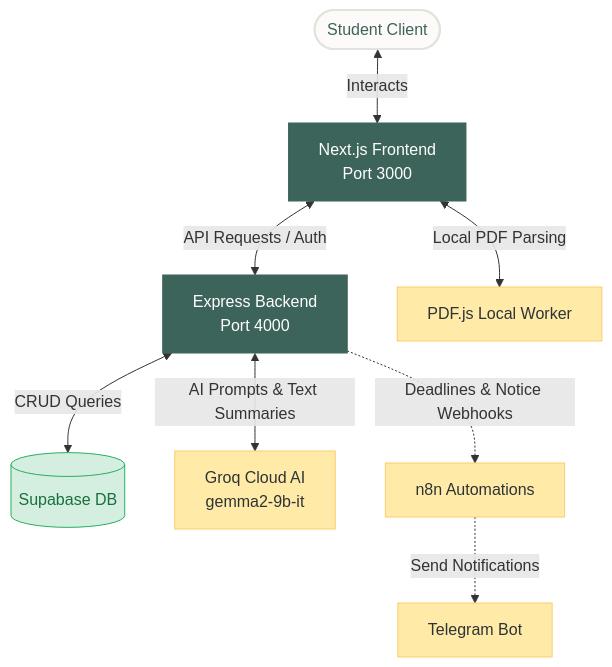
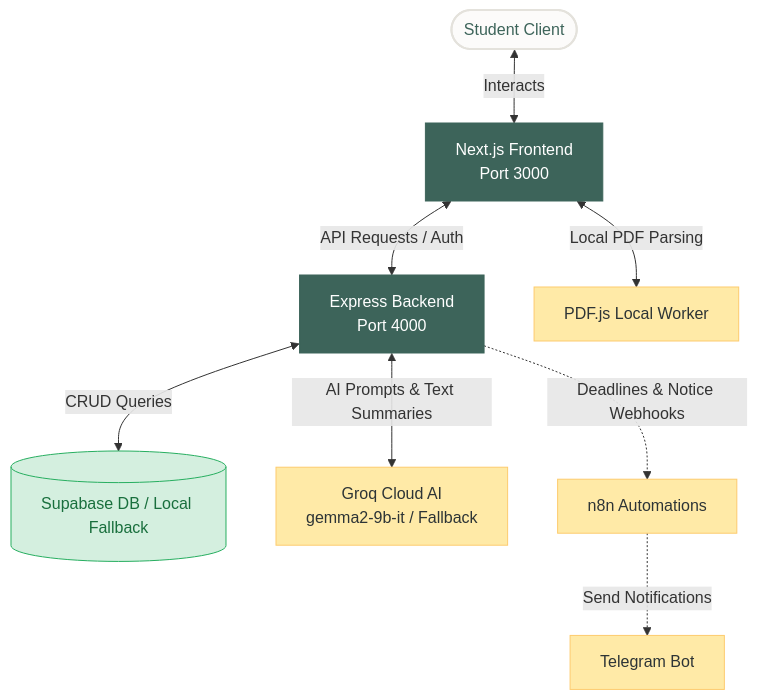
Before and after one commit to ArrinPaul/Hackathon: the first of 3 diagrams in README.md, drawn with Mermaid. The commit also changed other lines of this file, not shown here.

````diff
--- a/README.md
+++ b/README.md
@@ -11,27 +11,27 @@
 ```mermaid
 graph TD
     %% Styling
     classDef default fill:#FCFBFA,stroke:#E4E2DC,stroke-width:2px,color:#3D645A;
     classDef primary fill:#3D645A,stroke:#3D645A,stroke-width:1px,color:#ffffff;
     classDef secondary fill:#ffeaa7,stroke:#fdcb6e,stroke-width:1px,color:#2d3436;
     classDef db fill:#d4efdf,stroke:#27ae60,stroke-width:1px,color:#196f3d;
 
     %% Nodes
     User([Student Client])
     FE[Next.js Frontend <br/>Port 3000]:::primary
     BE[Express Backend <br/>Port 4000]:::primary
-    DB[(Supabase DB)]:::db
-    GroqAI[Groq Cloud AI <br/>gemma2-9b-it]:::secondary
+    DB[(Supabase DB / Local Fallback)]:::db
+    GroqAI[Groq Cloud AI <br/>gemma2-9b-it / Fallback]:::secondary
     N8n[n8n Automations]:::secondary
     TG[Telegram Bot]:::secondary
     PDF[PDF.js Local Worker]:::secondary
 
     %% Edits
     User <--> |Interacts| FE
     FE <--> |API Requests / Auth| BE
     FE <--> |Local PDF Parsing| PDF
     BE <--> |CRUD Queries| DB
     BE <--> |AI Prompts & Text Summaries| GroqAI
     BE -.-> |Deadlines & Notice Webhooks| N8n
     N8n -.-> |Send Notifications| TG
 ```
````
